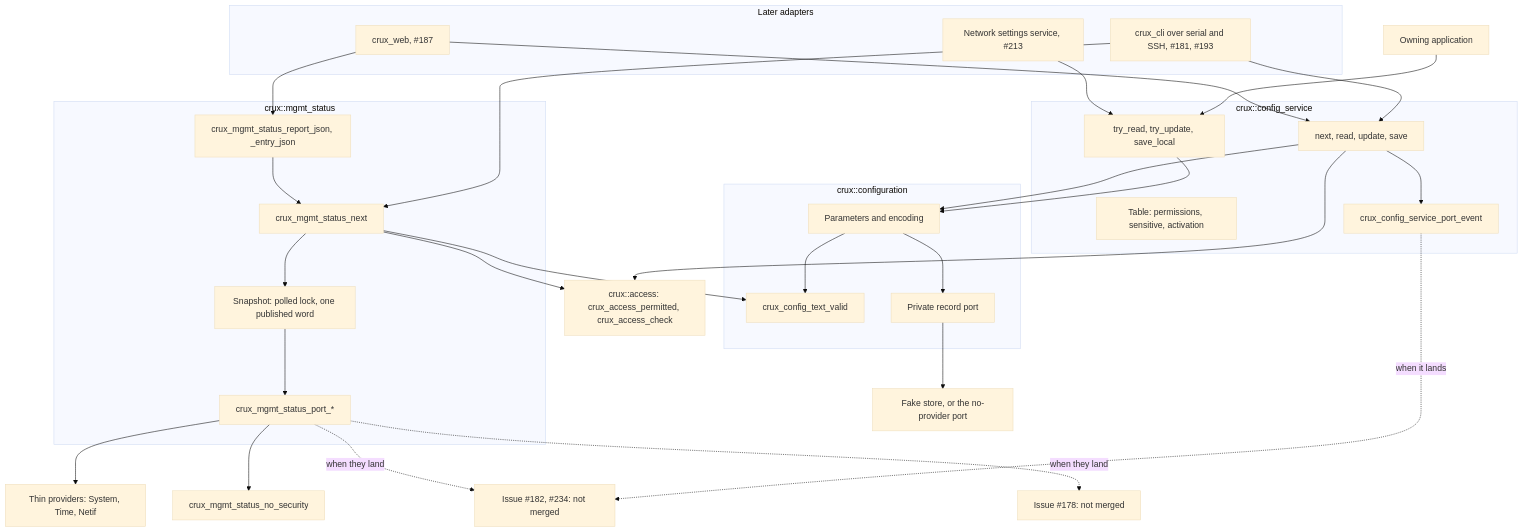
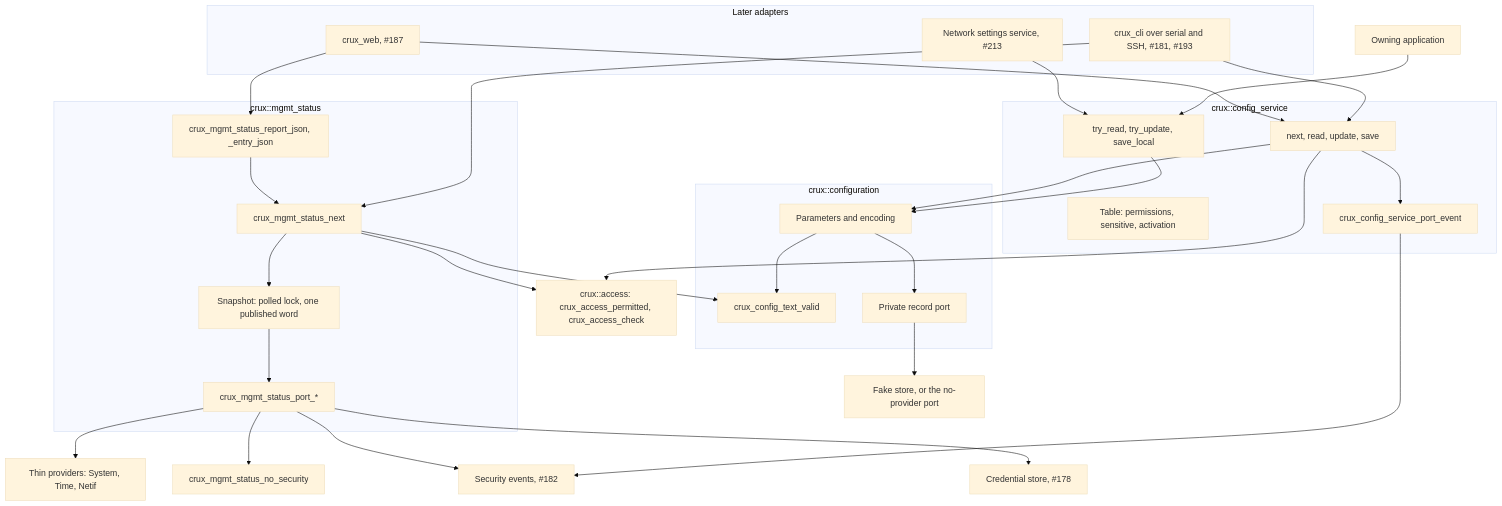
The first of 3 diagrams in docs/status-configuration-services.md (wonny-labs/crux-pilot), drawn with Mermaid (base theme) before and after one commit. The commit also changed other lines of this file and 24 other files, not shown here.

````diff
--- a/docs/status-configuration-services.md
+++ b/docs/status-configuration-services.md
@@ -34,56 +34,56 @@
 ```mermaid
 flowchart TB
     subgraph adapters["Later adapters"]
         web["crux_web, #187"]
         cli["crux_cli over serial and SSH, #181, #193"]
         net["Network settings service, #213"]
     end
 
     subgraph status["crux::mgmt_status"]
         next["crux_mgmt_status_next"]
         json["crux_mgmt_status_report_json, _entry_json"]
         snap["Snapshot: polled lock, one published word"]
         sports["crux_mgmt_status_port_*"]
     end
 
     subgraph service["crux::config_service"]
         table["Table: permissions, sensitive, activation"]
         ops["next, read, update, save"]
         local["try_read, try_update, save_local"]
         eport["crux_config_service_port_event"]
     end
 
     subgraph cfg["crux::configuration"]
         mech["Parameters and encoding"]
         rule["crux_config_text_valid"]
         rport["Private record port"]
     end
 
     access["crux::access: crux_access_permitted, crux_access_check"]
     sources["Thin providers: System, Time, Netif"]
     none["crux_mgmt_status_no_security"]
-    events["Issue #182, #234: not merged"]
-    store["Issue #178: not merged"]
+    events["Security events, #182"]
+    store["Credential store, #178"]
     fake["Fake store, or the no-provider port"]
 
     web --> json --> next
     web --> ops
     cli --> next
     cli --> ops
     net --> local
     app["Owning application"] --> local
     next --> access
     ops --> access
     next --> snap --> sports
     next --> rule
     ops --> mech
     local --> mech
     mech --> rule
     mech --> rport --> fake
     ops --> eport
     sports --> sources
     sports --> none
-    sports -. "when they land" .-> events
-    sports -. "when they land" .-> store
-    eport -. "when it lands" .-> events
+    sports --> events
+    sports --> store
+    eport --> events
 ```
````
